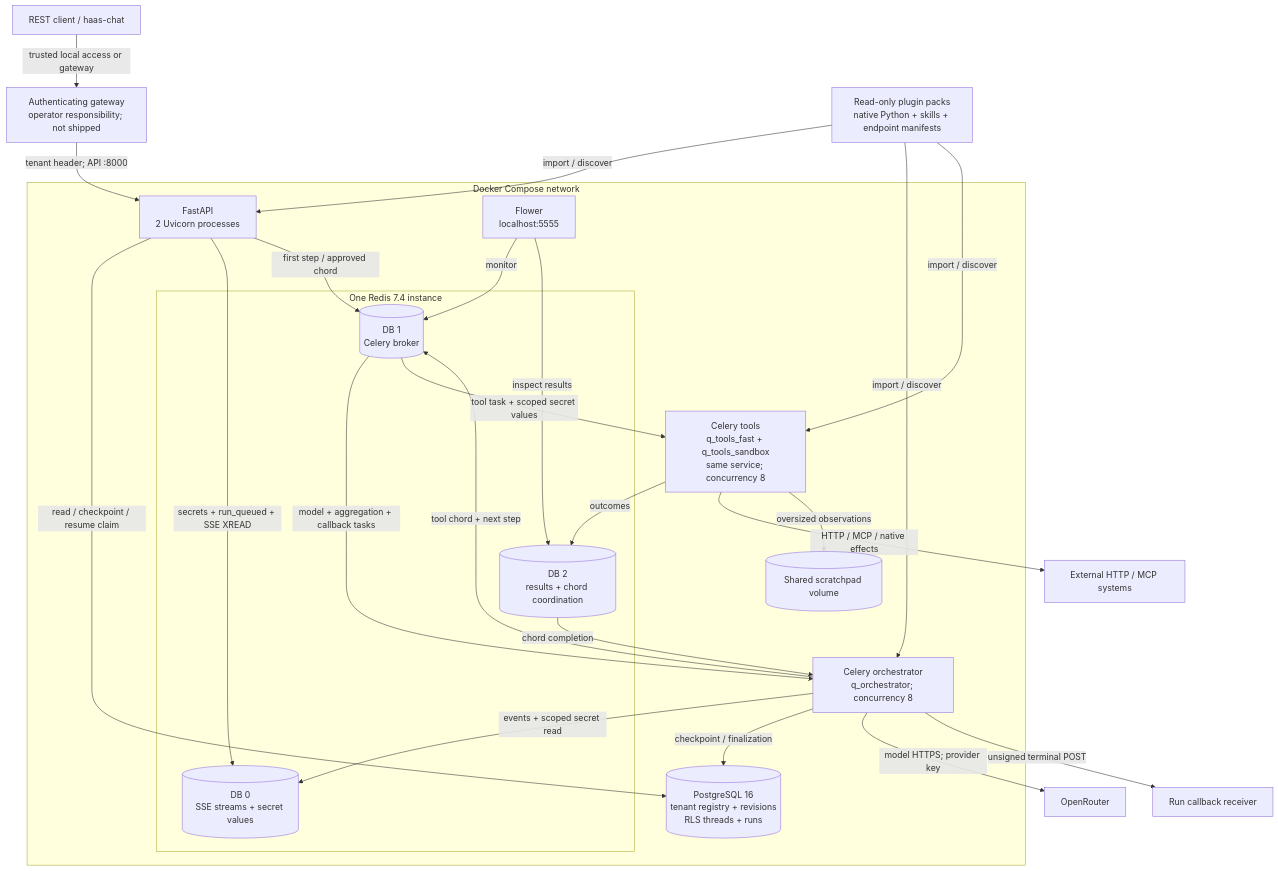
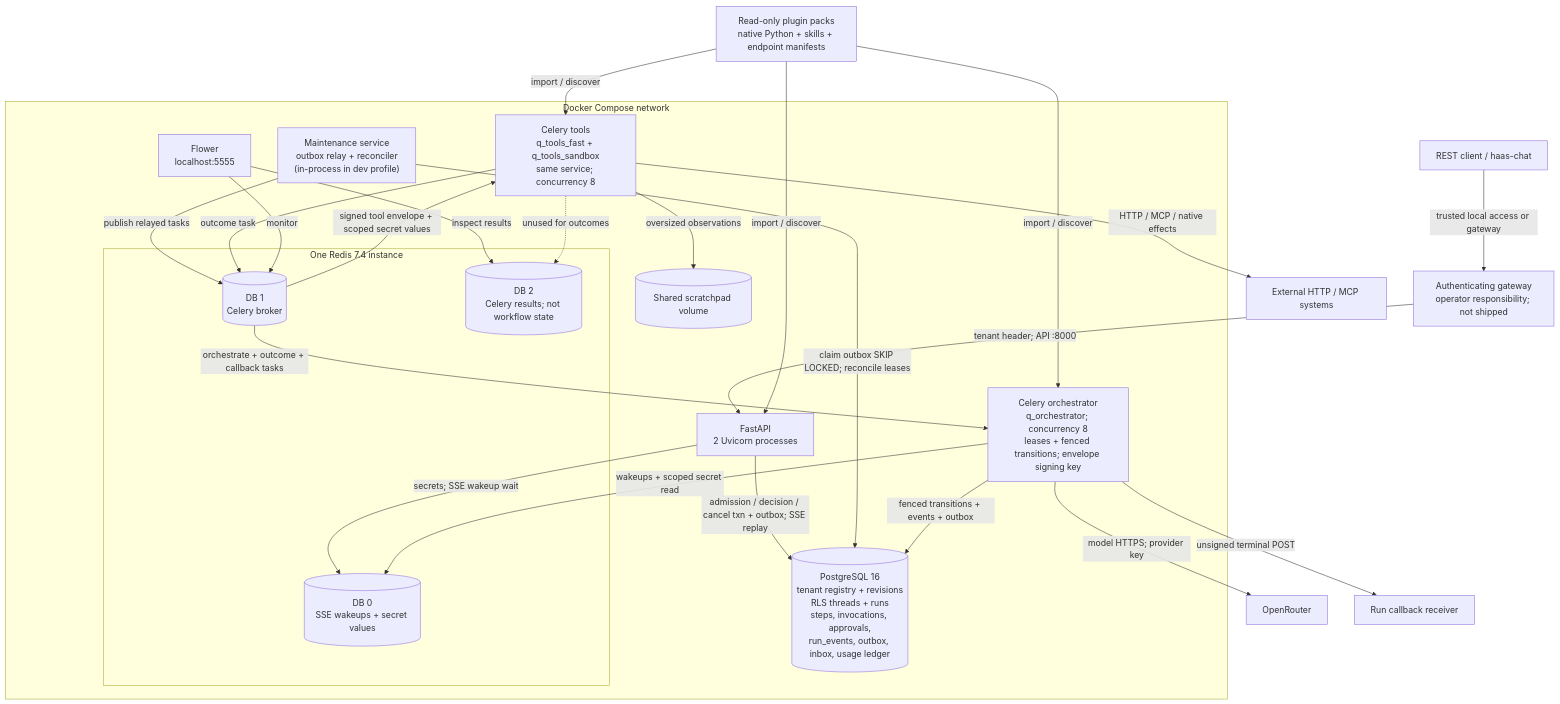
One commit to tanjeetsarkar/haas changed the second of 4 diagrams in docs/design/architecture.md. Above: the diagram before and after it, drawn with Mermaid. The commit also changed other lines of this file and 76 other files, not shown here.

````diff
--- a/docs/design/architecture.md
+++ b/docs/design/architecture.md
@@ -33,43 +33,44 @@
 ```mermaid
 flowchart TB
     client["REST client / haas-chat"]
     gateway["Authenticating gateway<br/>operator responsibility; not shipped"]
     packs["Read-only plugin packs<br/>native Python + skills + endpoint manifests"]
     subgraph compose["Docker Compose network"]
         api["FastAPI<br/>2 Uvicorn processes"]
-        orch["Celery orchestrator<br/>q_orchestrator; concurrency 8"]
+        orch["Celery orchestrator<br/>q_orchestrator; concurrency 8<br/>leases + fenced transitions; envelope signing key"]
+        maint["Maintenance service<br/>outbox relay + reconciler<br/>(in-process in dev profile)"]
         tools["Celery tools<br/>q_tools_fast + q_tools_sandbox<br/>same service; concurrency 8"]
-        pg[("PostgreSQL 16<br/>tenant registry + revisions<br/>RLS threads + runs")]
+        pg[("PostgreSQL 16<br/>tenant registry + revisions<br/>RLS threads + runs<br/>steps, invocations, approvals,<br/>run_events, outbox, inbox, usage ledger")]
         subgraph redis["One Redis 7.4 instance"]
-            r0[("DB 0<br/>SSE streams + secret values")]
+            r0[("DB 0<br/>SSE wakeups + secret values")]
             r1[("DB 1<br/>Celery broker")]
-            r2[("DB 2<br/>results + chord coordination")]
+            r2[("DB 2<br/>Celery results; not workflow state")]
         end
         scratch[("Shared scratchpad volume")]
         flower["Flower<br/>localhost:5555"]
     end
     provider["OpenRouter"]
     endpoints["External HTTP / MCP systems"]
     callback["Run callback receiver"]
     client -->|"trusted local access or gateway"| gateway
     gateway -->|"tenant header; API :8000"| api
-    api -->|"read / checkpoint / resume claim"| pg
-    api -->|"secrets + run_queued + SSE XREAD"| r0
-    api -->|"first step / approved chord"| r1
-    r1 -->|"model + aggregation + callback tasks"| orch
-    orch -->|"checkpoint / finalization"| pg
-    orch -->|"events + scoped secret read"| r0
+    api -->|"admission / decision / cancel txn + outbox; SSE replay"| pg
+    api -->|"secrets; SSE wakeup wait"| r0
+    maint -->|"claim outbox SKIP LOCKED; reconcile leases"| pg
+    maint -->|"publish relayed tasks"| r1
+    r1 -->|"orchestrate + outcome + callback tasks"| orch
+    orch -->|"fenced transitions + events + outbox"| pg
+    orch -->|"wakeups + scoped secret read"| r0
     orch -->|"model HTTPS; provider key"| provider
-    orch -->|"tool chord + next step"| r1
-    r1 -->|"tool task + scoped secret values"| tools
-    tools -->|"outcomes"| r2
-    r2 -->|"chord completion"| orch
+    r1 -->|"signed tool envelope + scoped secret values"| tools
+    tools -->|"outcome task"| r1
     tools -->|"HTTP / MCP / native effects"| endpoints
     orch -->|"unsigned terminal POST"| callback
     tools -->|"oversized observations"| scratch
     packs -->|"import / discover"| api
     packs -->|"import / discover"| orch
     packs -->|"import / discover"| tools
     flower -->|"monitor"| r1
     flower -->|"inspect results"| r2
+    tools -.->|"unused for outcomes"| r2
 ```
````
